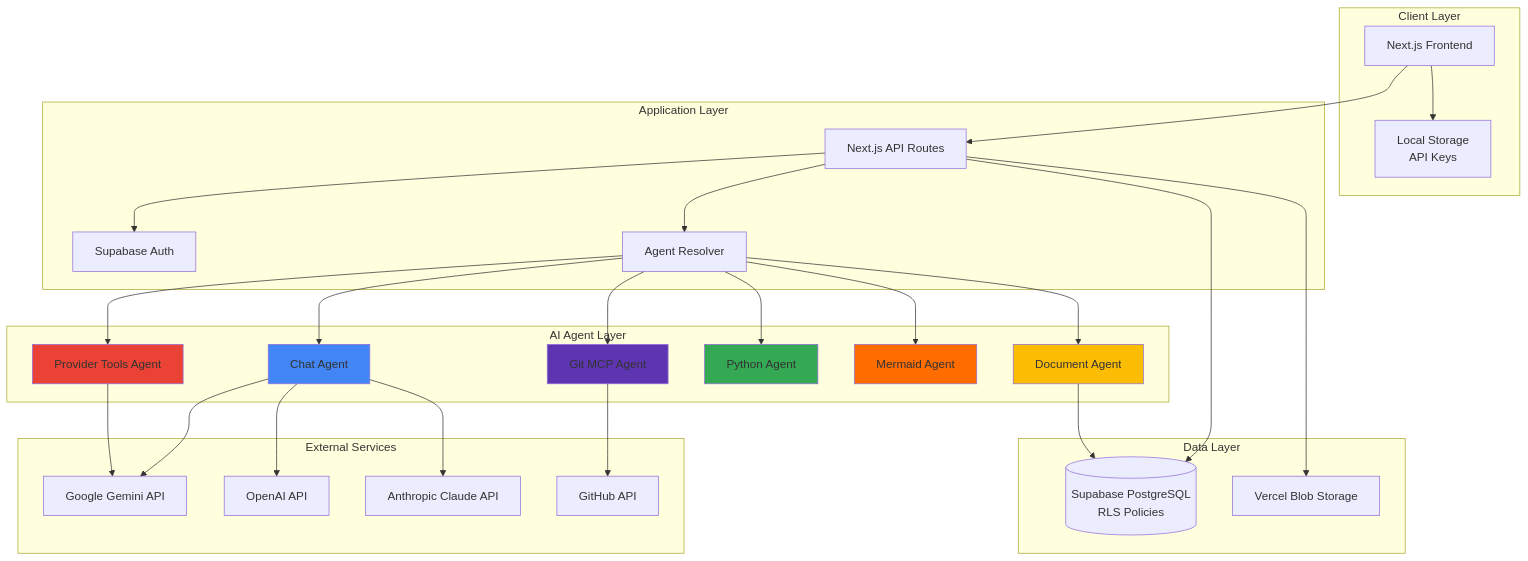
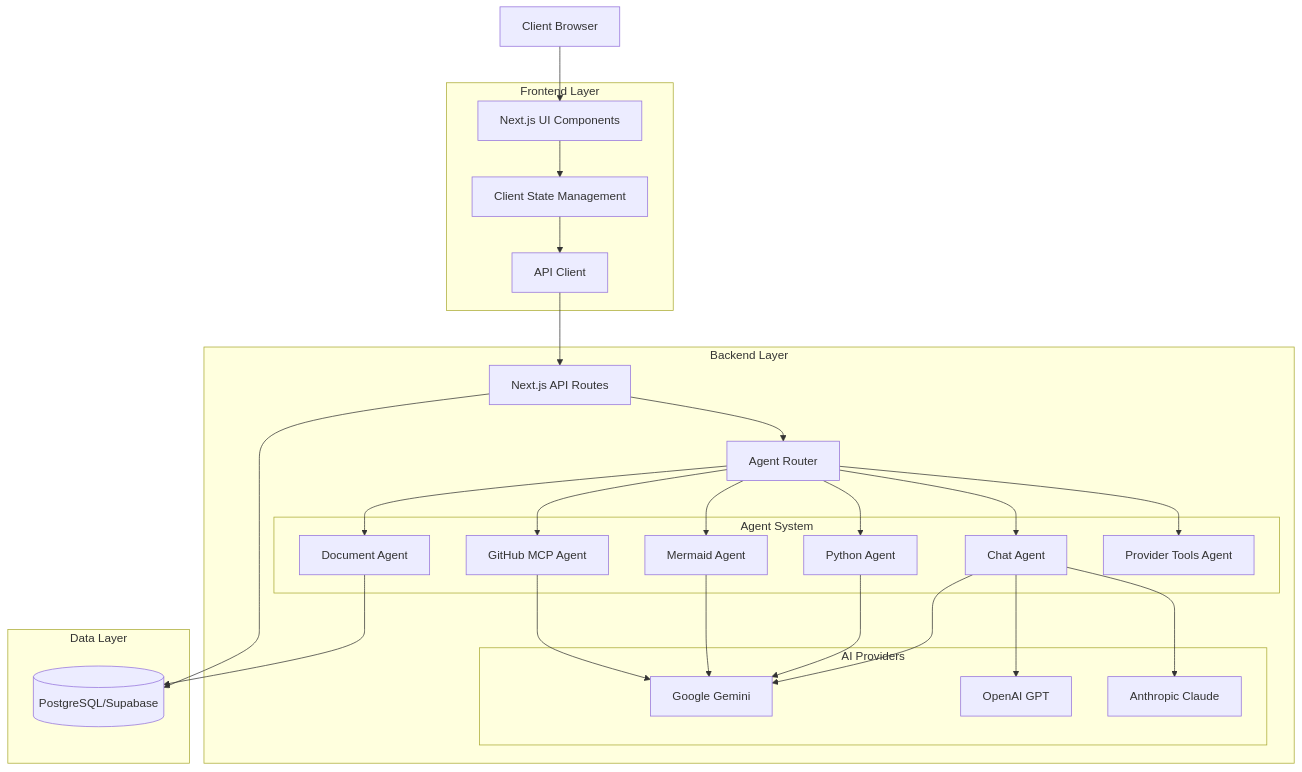
Before and after one commit to MounikaMullukuntla/chat: the first of 3 diagrams in README.md, drawn with Mermaid. The commit also changed other lines of this file and 1 other file, not shown here.

````diff
--- a/README.md
+++ b/README.md
@@ -34,62 +40,57 @@
 ```mermaid
 graph TB
-    subgraph "Client Layer"
-        UI[Next.js Frontend]
-        LC[Local Storage<br/>API Keys]
+    Client[Client Browser]
+
+    subgraph "Frontend Layer"
+        UI[Next.js UI Components]
+        Store[Client State Management]
+        API_Client[API Client]
     end
 
-    subgraph "Application Layer"
+    subgraph "Backend Layer"
         API[Next.js API Routes]
-        AUTH[Supabase Auth]
-        RESOLVER[Agent Resolver]
-    end
+        Router[Agent Router]
 
-    subgraph "AI Agent Layer"
-        CHAT[Chat Agent]
-        TOOLS[Provider Tools Agent]
-        DOC[Document Agent]
-        PY[Python Agent]
-        MM[Mermaid Agent]
-        GIT[Git MCP Agent]
+        subgraph "Agent System"
+            ChatAgent[Chat Agent]
+            DocAgent[Document Agent]
+            PyAgent[Python Agent]
+            MermaidAgent[Mermaid Agent]
+            GitHubAgent[GitHub MCP Agent]
+            ProviderAgent[Provider Tools Agent]
+        end
+
+        subgraph "AI Providers"
+            Google[Google Gemini]
+            OpenAI[OpenAI GPT]
+            Anthropic[Anthropic Claude]
+        end
     end
 
     subgraph "Data Layer"
-        DB[(Supabase PostgreSQL<br/>RLS Policies)]
-        BLOB[Vercel Blob Storage]
+        DB[(PostgreSQL/Supabase)]
     end
 
-    subgraph "External Services"
-        GEMINI[Google Gemini API]
-        OPENAI[OpenAI API]
-        CLAUDE[Anthropic Claude API]
-        GITHUB[GitHub API]
-    end
+    Client --> UI
+    UI --> Store
+    Store --> API_Client
+    API_Client --> API
+    API --> Router
+    Router --> ChatAgent
+    Router --> DocAgent
+    Router --> PyAgent
+    Router --> MermaidAgent
+    Router --> GitHubAgent
+    Router --> ProviderAgent
 
-    UI --> API
-    UI --> LC
-    API --> AUTH
-    API --> RESOLVER
-    RESOLVER --> CHAT
-    RESOLVER --> TOOLS
-    RESOLVER --> DOC
-    RESOLVER --> PY
-    RESOLVER --> MM
-    RESOLVER --> GIT
+    ChatAgent --> Google
+    ChatAgent --> OpenAI
+    ChatAgent --> Anthropic
 
-    CHAT --> GEMINI
-    CHAT --> OPENAI
-    CHAT --> CLAUDE
-    TOOLS --> GEMINI
-    GIT --> GITHUB
+    DocAgent --> DB
+    PyAgent --> Google
+    MermaidAgent --> Google
+    GitHubAgent --> Google
 
     API --> DB
-    API --> BLOB
-    DOC --> DB
-
-    style CHAT fill:#4285f4
-    style TOOLS fill:#ea4335
-    style DOC fill:#fbbc04
-    style PY fill:#34a853
-    style MM fill:#ff6d00
-    style GIT fill:#5e35b1
 ```
````
